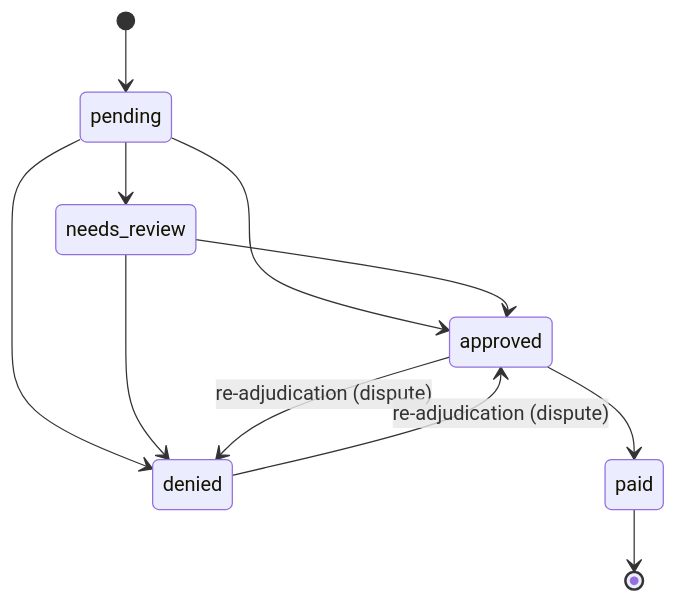
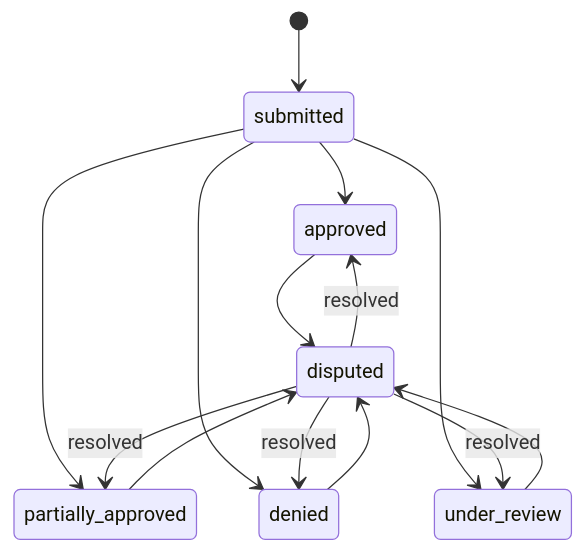
One commit to Saurav02022/claims-processing-system changed the third of 3 diagrams in backend/docs/domain-model.md. Above: the diagram before and after it, drawn with Mermaid. The commit also changed other lines of this file and 2 other files, not shown here.

First line of the commit message:
docs: recreate domain-model, decisions, and self-review from current code

````diff
--- a/backend/docs/domain-model.md
+++ b/backend/docs/domain-model.md
@@ -197,13 +165,16 @@
 ```mermaid
 stateDiagram-v2
-    [*] --> pending
-    pending --> approved
-    pending --> denied
-    pending --> needs_review
-    needs_review --> approved
-    needs_review --> denied
-    approved --> paid
-    approved --> denied : re-adjudication (dispute)
-    denied --> approved : re-adjudication (dispute)
-    paid --> [*]
+    [*] --> submitted
+    submitted --> approved
+    submitted --> partially_approved
+    submitted --> denied
+    submitted --> under_review
+    approved --> disputed
+    partially_approved --> disputed
+    denied --> disputed
+    under_review --> disputed
+    disputed --> approved : resolved
+    disputed --> partially_approved : resolved
+    disputed --> denied : resolved
+    disputed --> under_review : resolved
 ```
````
